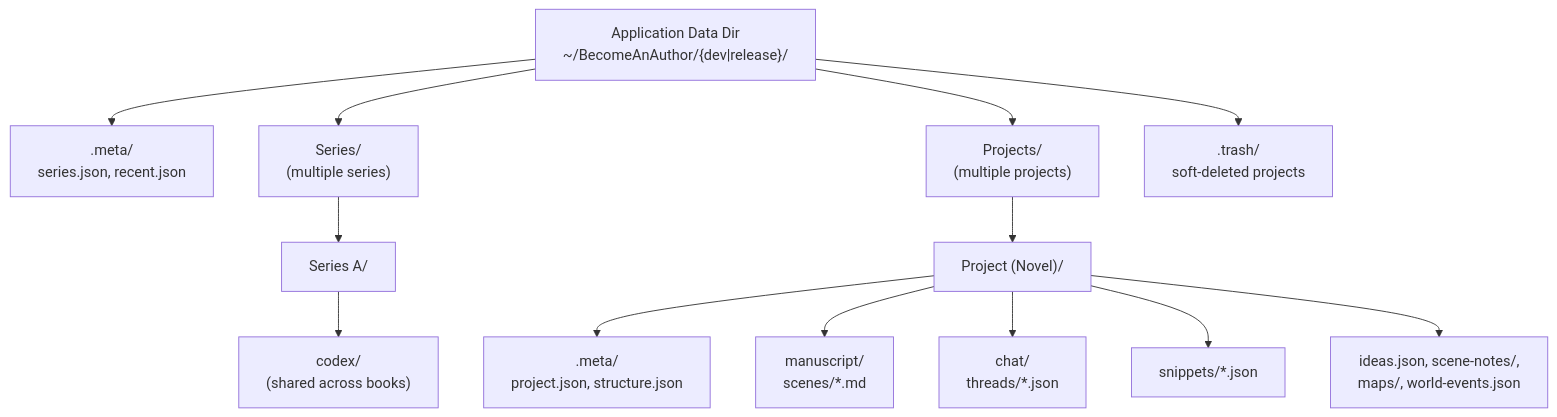
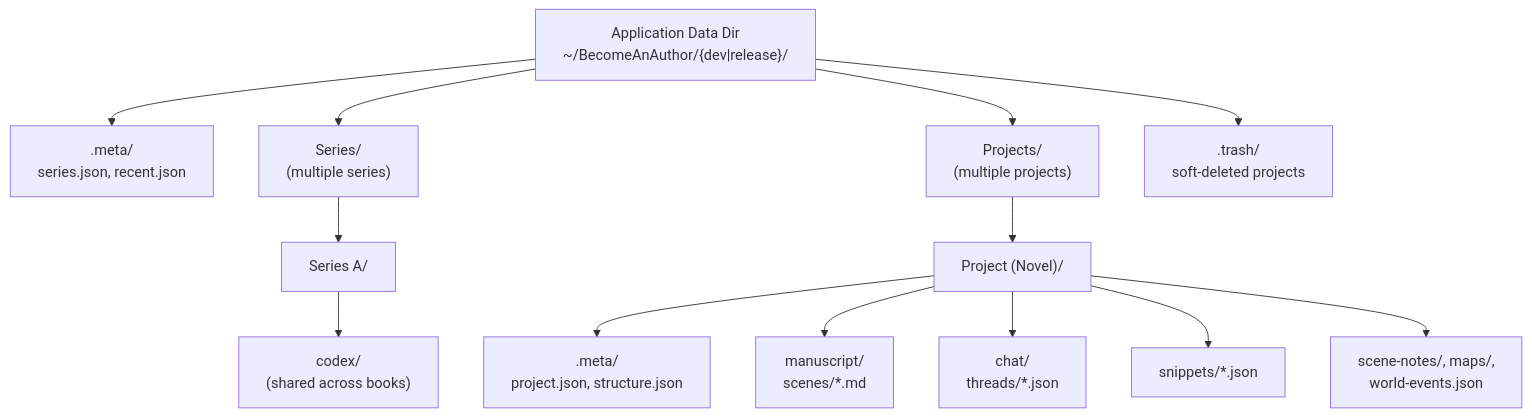
The fifth of 6 diagrams in docs/hld.md (Sai-Roopesh/becomeAnAuthor), drawn with Mermaid before and after one commit. The commit also changed other lines of this file and 2 other files, not shown here.

````diff
--- a/docs/hld.md
+++ b/docs/hld.md
@@ -519,26 +518,26 @@
 ```mermaid
 graph TD
     App["Application Data Dir<br/>~/BecomeAnAuthor/{dev|release}/"]
     Meta[".meta/<br/>series.json, recent.json"]
     Series["Series/<br/>(multiple series)"]
     S1["Series A/"]
     S1Codex["codex/<br/>(shared across books)"]
     Projects["Projects/<br/>(multiple projects)"]
     P1["Project (Novel)/"]
     P1Meta[".meta/<br/>project.json, structure.json"]
     P1Scenes["manuscript/<br/>scenes/*.md"]
     P1Chat["chat/<br/>threads/*.json"]
     P1Snippets["snippets/*.json"]
-    P1Other["ideas.json, scene-notes/,<br/>maps/, world-events.json"]
+    P1Other["scene-notes/, maps/,<br/>world-events.json"]
     Trash[".trash/<br/>soft-deleted projects"]
 
     App --> Meta
     App --> Series --> S1 --> S1Codex
     App --> Projects --> P1
     P1 --> P1Meta
     P1 --> P1Scenes
     P1 --> P1Chat
     P1 --> P1Snippets
     P1 --> P1Other
     App --> Trash
 ```
````
